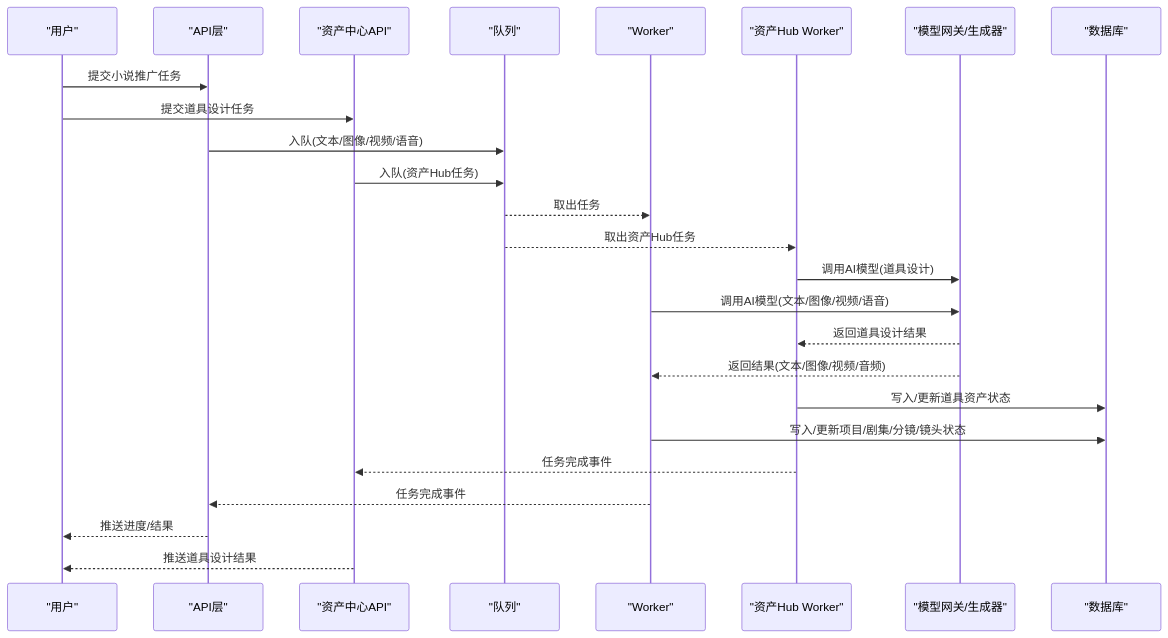
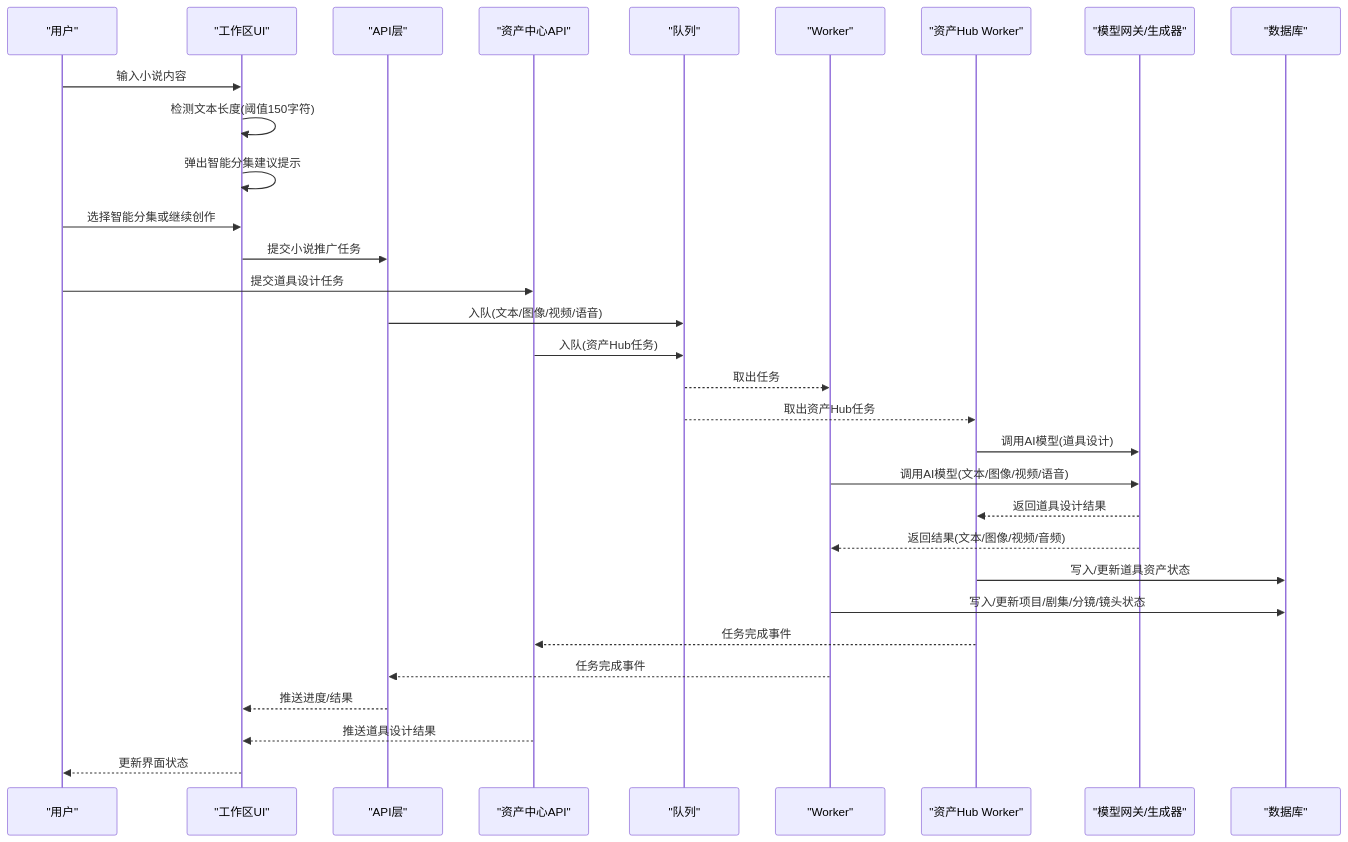
Before and after one commit to lyl2021/waoowaoo: the second of 11 diagrams in .qoder/repowiki/zh/content/小说推广工作流/小说推广工作流.md, drawn with Mermaid. The commit also changed other lines of this file and 15 other files, not shown here.

````diff
--- a/.qoder/repowiki/zh/content/小说推广工作流/小说推广工作流.md
+++ b/.qoder/repowiki/zh/content/小说推广工作流/小说推广工作流.md
@@ -166,27 +210,33 @@
 ```mermaid
 sequenceDiagram
 participant U as "用户"
+participant UI as "工作区UI"
 participant API as "API层"
 participant AH_API as "资产中心API"
 participant Q as "队列"
 participant W as "Worker"
 participant AH_W as "资产Hub Worker"
 participant M as "模型网关/生成器"
 participant DB as "数据库"
-U->>API : 提交小说推广任务
+U->>UI : 输入小说内容
+UI->>UI : 检测文本长度(阈值150字符)
+UI->>UI : 弹出智能分集建议提示
+U->>UI : 选择智能分集或继续创作
+UI->>API : 提交小说推广任务
 U->>AH_API : 提交道具设计任务
 API->>Q : 入队(文本/图像/视频/语音)
 AH_API->>Q : 入队(资产Hub任务)
 Q-->>W : 取出任务
 Q-->>AH_W : 取出资产Hub任务
 AH_W->>M : 调用AI模型(道具设计)
 W->>M : 调用AI模型(文本/图像/视频/语音)
 M-->>AH_W : 返回道具设计结果
 M-->>W : 返回结果(文本/图像/视频/音频)
 AH_W->>DB : 写入/更新道具资产状态
 W->>DB : 写入/更新项目/剧集/分镜/镜头状态
 AH_W-->>AH_API : 任务完成事件
 W-->>API : 任务完成事件
-API-->>U : 推送进度/结果
-AH_API-->>U : 推送道具设计结果
+API-->>UI : 推送进度/结果
+AH_API-->>UI : 推送道具设计结果
+UI-->>U : 更新界面状态
 ```
````
